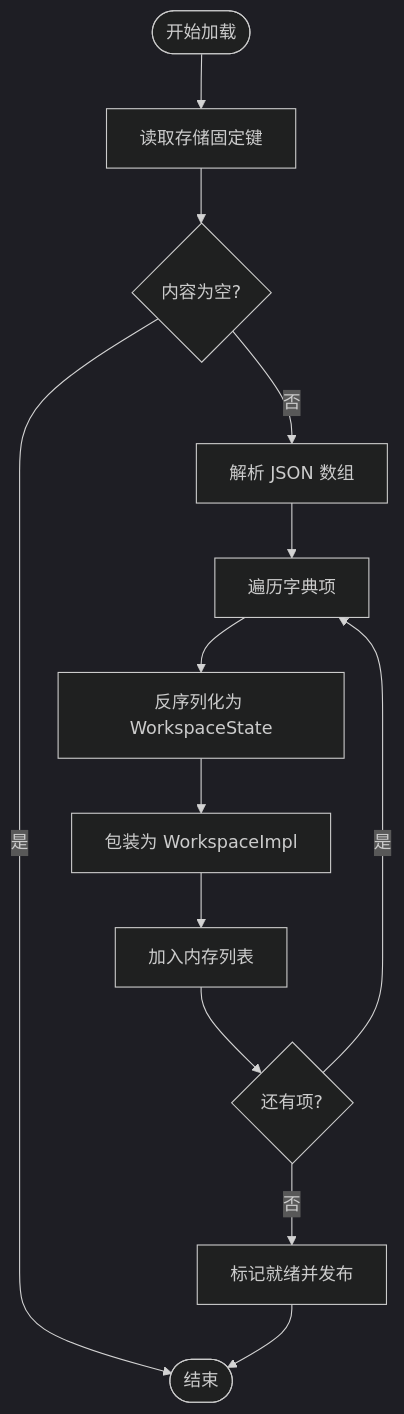
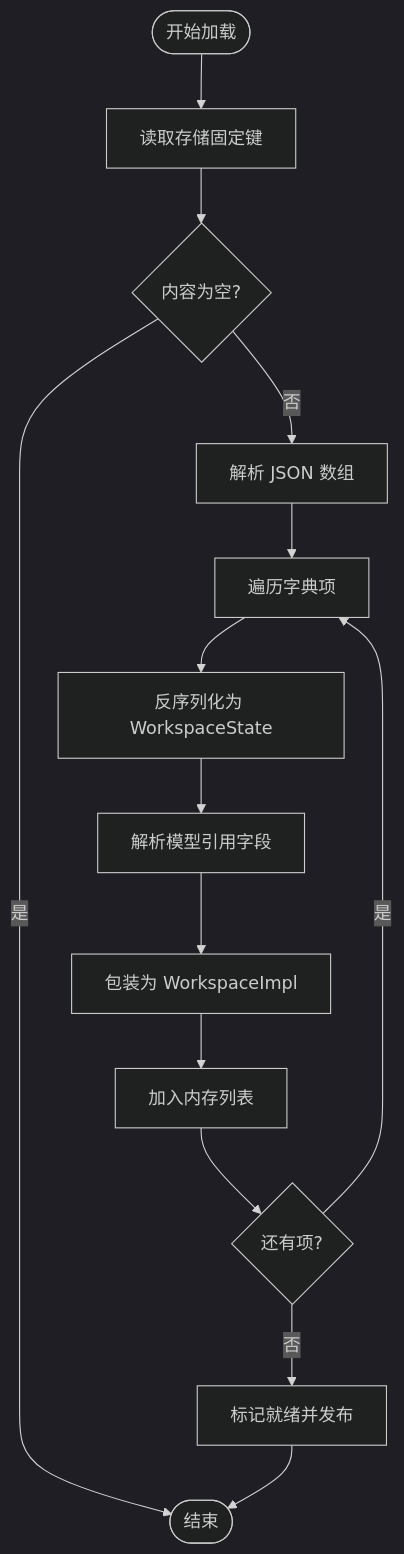
One commit to suzvka/NPCLife changed the fourth of 8 diagrams in .qoder/repowiki/zh/content/工作空间管理系统/工作空间状态管理.md. Above: the diagram before and after it, drawn with Mermaid (dark theme). The commit also changed other lines of this file and 11 other files, not shown here.

````diff
--- a/.qoder/repowiki/zh/content/工作空间管理系统/工作空间状态管理.md
+++ b/.qoder/repowiki/zh/content/工作空间管理系统/工作空间状态管理.md
@@ -320,15 +333,16 @@
 ```mermaid
 flowchart TD
 Start(["开始加载"]) --> Read["读取存储固定键"]
 Read --> Empty{"内容为空?"}
 Empty --> |是| End(["结束"])
 Empty --> |否| Parse["解析 JSON 数组"]
 Parse --> ForEach["遍历字典项"]
 ForEach --> Deserialize["反序列化为 WorkspaceState"]
-Deserialize --> Wrap["包装为 WorkspaceImpl"]
+Deserialize --> ParseModelRefs["解析模型引用字段"]
+ParseModelRefs --> Wrap["包装为 WorkspaceImpl"]
 Wrap --> Add["加入内存列表"]
 Add --> Next{"还有项?"}
 Next --> |是| ForEach
 Next --> |否| Ready["标记就绪并发布"]
 Ready --> End
 ```
````
